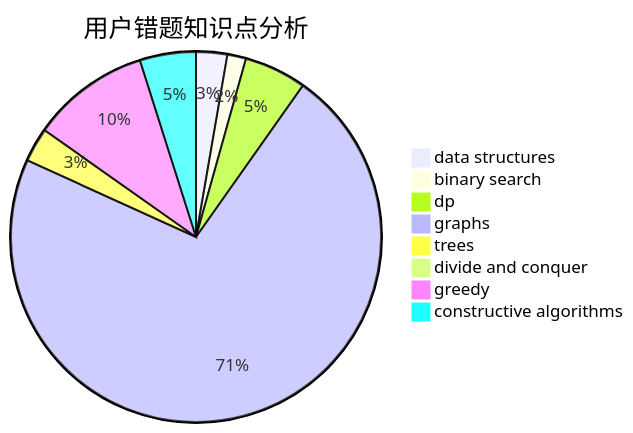
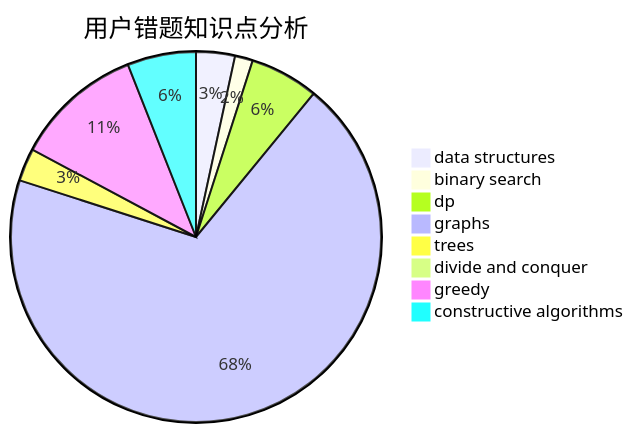
The third of 3 diagrams in docs/user/u2152.md (sherpahu/cfrs.github.io), drawn with Mermaid before and after one commit. The commit also changed other lines of this file and 2770 other files, not shown here.

````diff
--- a/docs/user/u2152.md
+++ b/docs/user/u2152.md
@@ -36,11 +36,11 @@
 ```mermaid
 pie title 用户错题知识点分析
-    "data structures" :  10
+    "data structures" :  13
     "binary search" :  6
-    "dp" :  20
+    "dp" :  23
     "graphs" :  265
     "trees" :  11
     "divide and conquer" :  3
-    "greedy" :  38
-    "constructive algorithms" :  18
+    "greedy" :  43
+    "constructive algorithms" :  23
 ```
````
